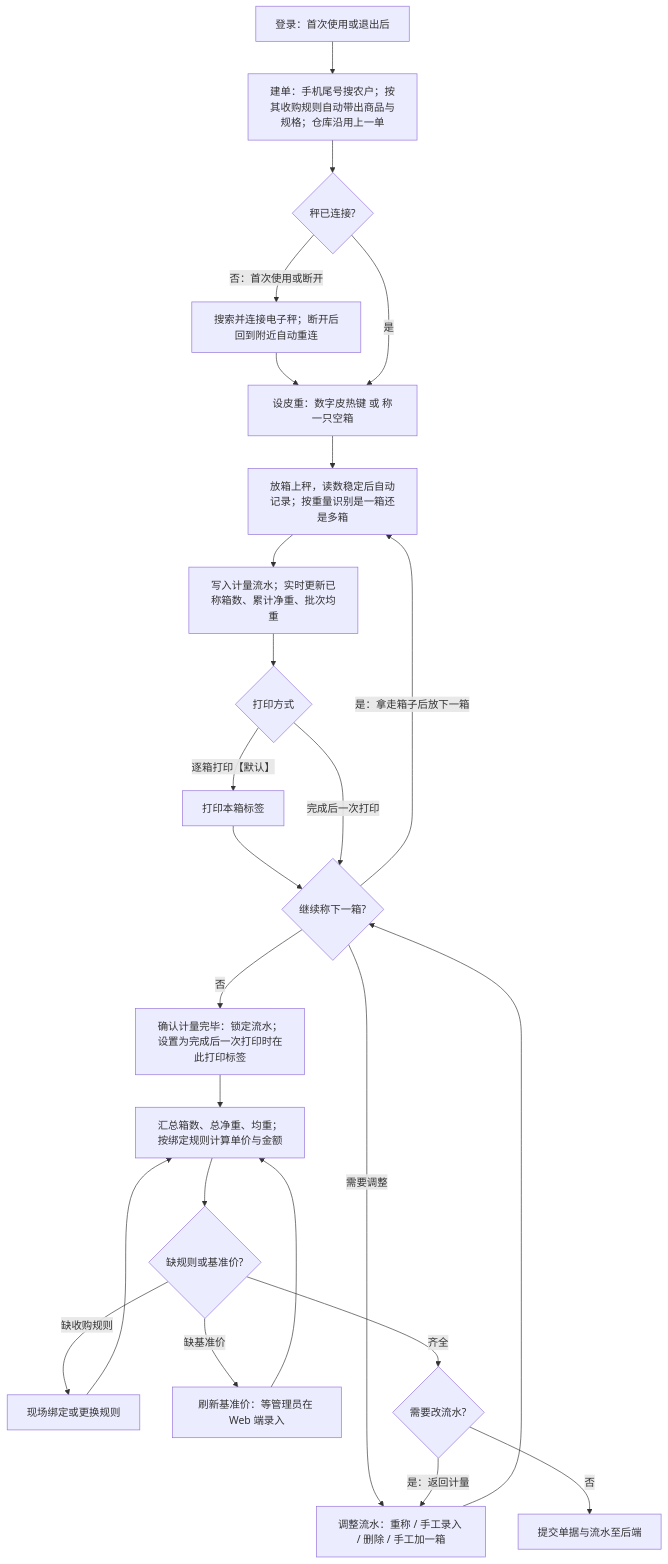
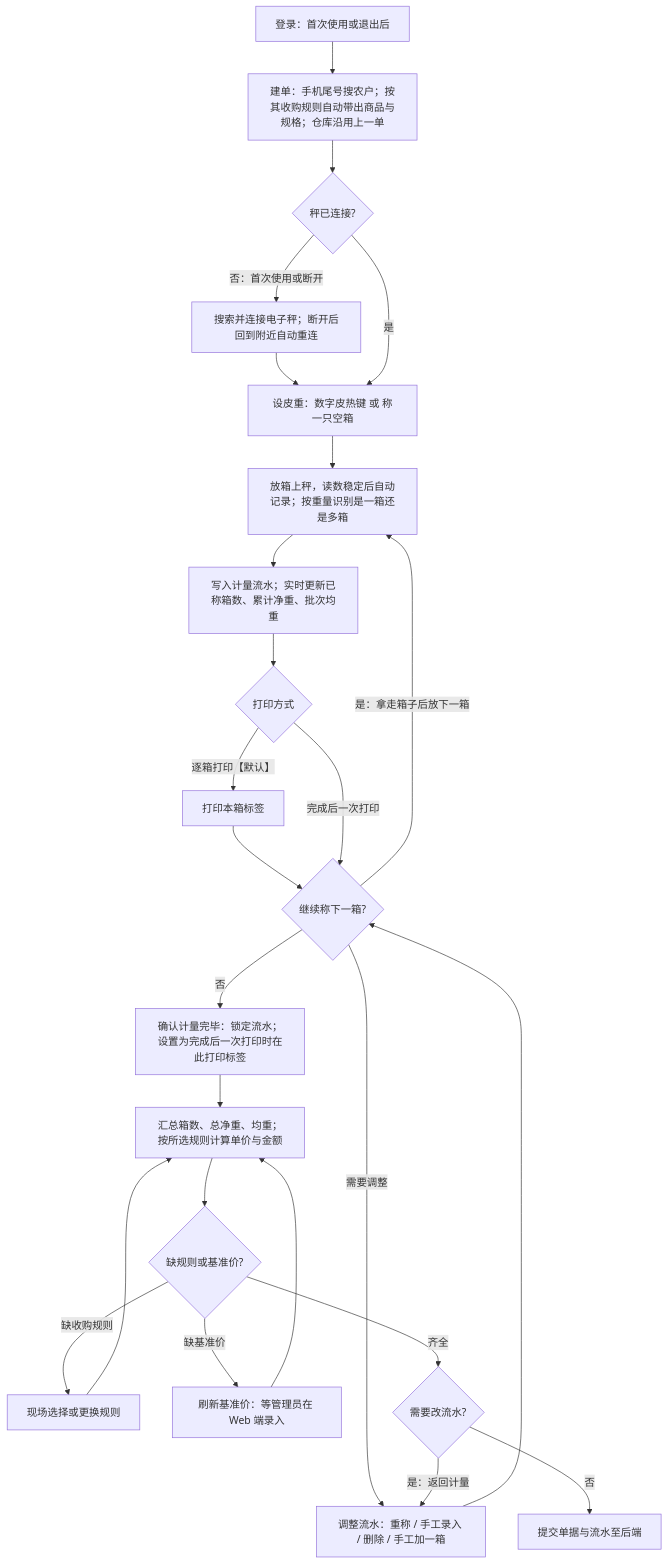
One commit to ddddubbby/jidan changed the diagram in doc/产品需求/鸡蛋采购入库解决方案-需求规格说明书 v7.md. Above: the diagram before and after it, drawn with Mermaid. The commit also changed other lines of this file and 3 other files, not shown here.

````diff
--- a/doc/产品需求/鸡蛋采购入库解决方案-需求规格说明书 v7.md
+++ b/doc/产品需求/鸡蛋采购入库解决方案-需求规格说明书 v7.md
@@ -114,28 +119,28 @@
 ```mermaid
 flowchart TD
     L[登录：首次使用或退出后] --> A[建单：手机尾号搜农户；按其收购规则自动带出商品与规格；仓库沿用上一单]
     A --> S{秤已连接?}
     S -- 否：首次使用或断开 --> S1[搜索并连接电子秤；断开后回到附近自动重连]
     S1 --> B
     S -- 是 --> B[设皮重：数字皮热键 或 称一只空箱]
     B --> C[放箱上秤，读数稳定后自动记录；按重量识别是一箱还是多箱]
     C --> D[写入计量流水；实时更新已称箱数、累计净重、批次均重]
     D --> P{打印方式}
     P -- 逐箱打印【默认】 --> P1[打印本箱标签]
     P1 --> F
     P -- 完成后一次打印 --> F
     F{继续称下一箱?}
     F -- 是：拿走箱子后放下一箱 --> C
     F -- 需要调整 --> E[调整流水：重称 / 手工录入 / 删除 / 手工加一箱]
     E --> F
     F -- 否 --> G[确认计量完毕：锁定流水；设置为完成后一次打印时在此打印标签]
-    G --> H[汇总箱数、总净重、均重；按绑定规则计算单价与金额]
+    G --> H[汇总箱数、总净重、均重；按所选规则计算单价与金额]
     H --> I{缺规则或基准价?}
-    I -- 缺收购规则 --> I1[现场绑定或更换规则]
+    I -- 缺收购规则 --> I1[现场选择或更换规则]
     I1 --> H
     I -- 缺基准价 --> I2[刷新基准价：等管理员在 Web 端录入]
     I2 --> H
     I -- 齐全 --> K{需要改流水?}
     K -- 是：返回计量 --> E
     K -- 否 --> J[提交单据与流水至后端]
 ```
````
